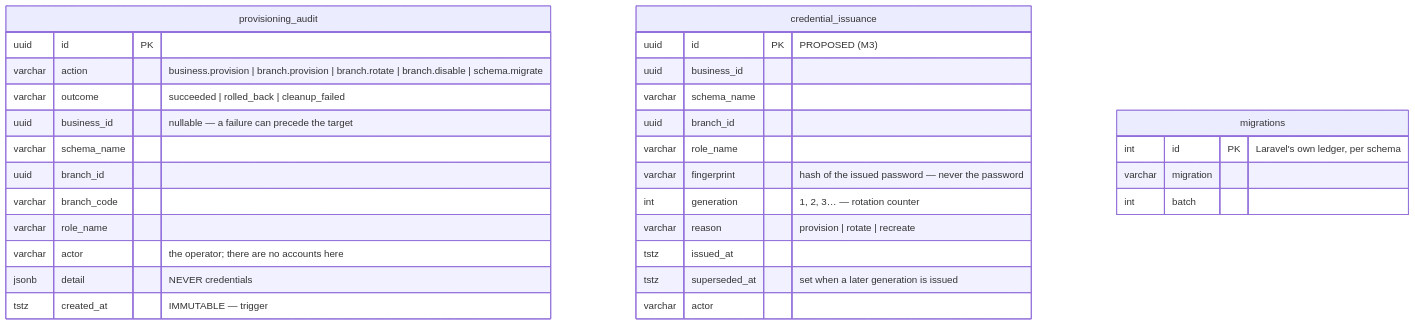
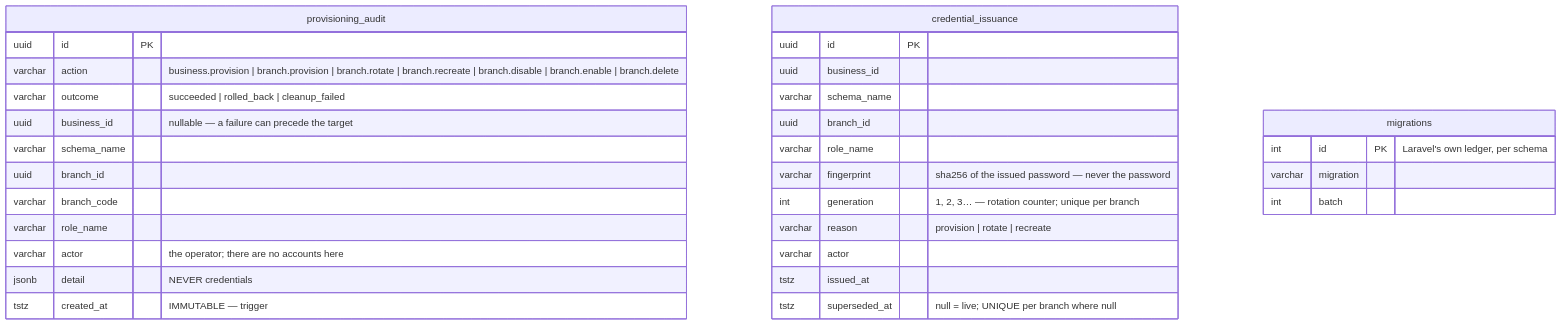
Before and after one commit to Cyrus-Ivan/EvitanPlus: the fourth of 6 diagrams in docs/evitan-plus-erds.md, drawn with Mermaid. The commit also changed other lines of this file and 28 other files, not shown here.

First line of the commit message:
M3: provision a branch, and the branch credential lifecycle

````diff
--- a/docs/evitan-plus-erds.md
+++ b/docs/evitan-plus-erds.md
@@ -626,34 +626,34 @@
 ```mermaid
 erDiagram
     provisioning_audit {
         uuid id PK
-        varchar action "business.provision | branch.provision | branch.rotate | branch.disable | schema.migrate"
+        varchar action "business.provision | branch.provision | branch.rotate | branch.recreate | branch.disable | branch.enable | branch.delete"
         varchar outcome "succeeded | rolled_back | cleanup_failed"
         uuid business_id "nullable — a failure can precede the target"
         varchar schema_name
         uuid branch_id
         varchar branch_code
         varchar role_name
         varchar actor "the operator; there are no accounts here"
         jsonb detail "NEVER credentials"
         tstz created_at "IMMUTABLE — trigger"
     }
     credential_issuance {
-        uuid id PK "PROPOSED (M3)"
+        uuid id PK
         uuid business_id
         varchar schema_name
         uuid branch_id
         varchar role_name
-        varchar fingerprint "hash of the issued password — never the password"
-        int generation "1, 2, 3… — rotation counter"
+        varchar fingerprint "sha256 of the issued password — never the password"
+        int generation "1, 2, 3… — rotation counter; unique per branch"
         varchar reason "provision | rotate | recreate"
+        varchar actor
         tstz issued_at
-        tstz superseded_at "set when a later generation is issued"
-        varchar actor
+        tstz superseded_at "null = live; UNIQUE per branch where null"
     }
     migrations {
         int id PK "Laravel's own ledger, per schema"
         varchar migration
         int batch
     }
 ```
````
